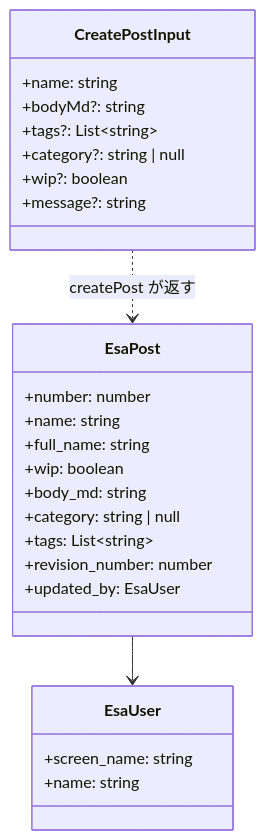
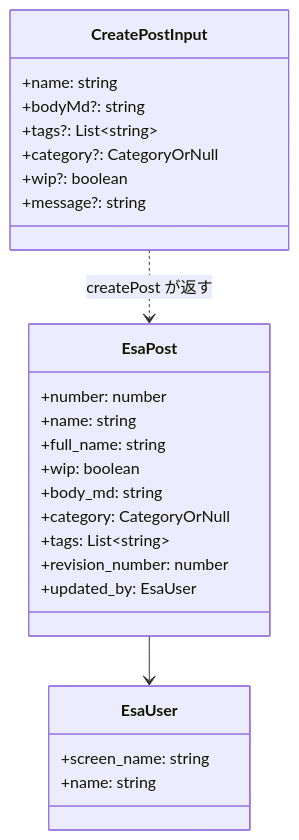
One commit to LevelCapCoJapanTools/vscode_esa_explorer changed the seventh of 7 diagrams in .github/copilot/plans/3-create-post.md. Above: the diagram before and after it, drawn with Mermaid.

Commit message:
fix: classDiagramのUnion型をmermaid規約に合わせて単純化
コードレビュー指摘に対応。classDiagram内の string | null を
CategoryOrNull へ置換し、mermaid.instructions.md の
「Optional/Union を含む複雑な型は省略名に置き換える」規約に準拠。
完全表記は 6.3.3.2 のプロパティ詳細表を正とする旨のコメントを追加。

````diff
--- a/.github/copilot/plans/3-create-post.md
+++ b/.github/copilot/plans/3-create-post.md
@@ -584,29 +584,30 @@
 ```mermaid
 classDiagram
   direction TB
+  %% CategoryOrNull は TypeScript の string | null に対応（Mermaid の Union 記法回避のため単純化）。正式な完全表記は 6.3.3.2 を参照
   class CreatePostInput {
     +name: string
     +bodyMd?: string
     +tags?: List~string~
-    +category?: string | null
+    +category?: CategoryOrNull
     +wip?: boolean
     +message?: string
   }
   class EsaPost {
     +number: number
     +name: string
     +full_name: string
     +wip: boolean
     +body_md: string
-    +category: string | null
+    +category: CategoryOrNull
     +tags: List~string~
     +revision_number: number
     +updated_by: EsaUser
   }
   class EsaUser {
     +screen_name: string
     +name: string
   }
   EsaPost --> EsaUser
   CreatePostInput ..> EsaPost : createPost が返す
 ```
````
